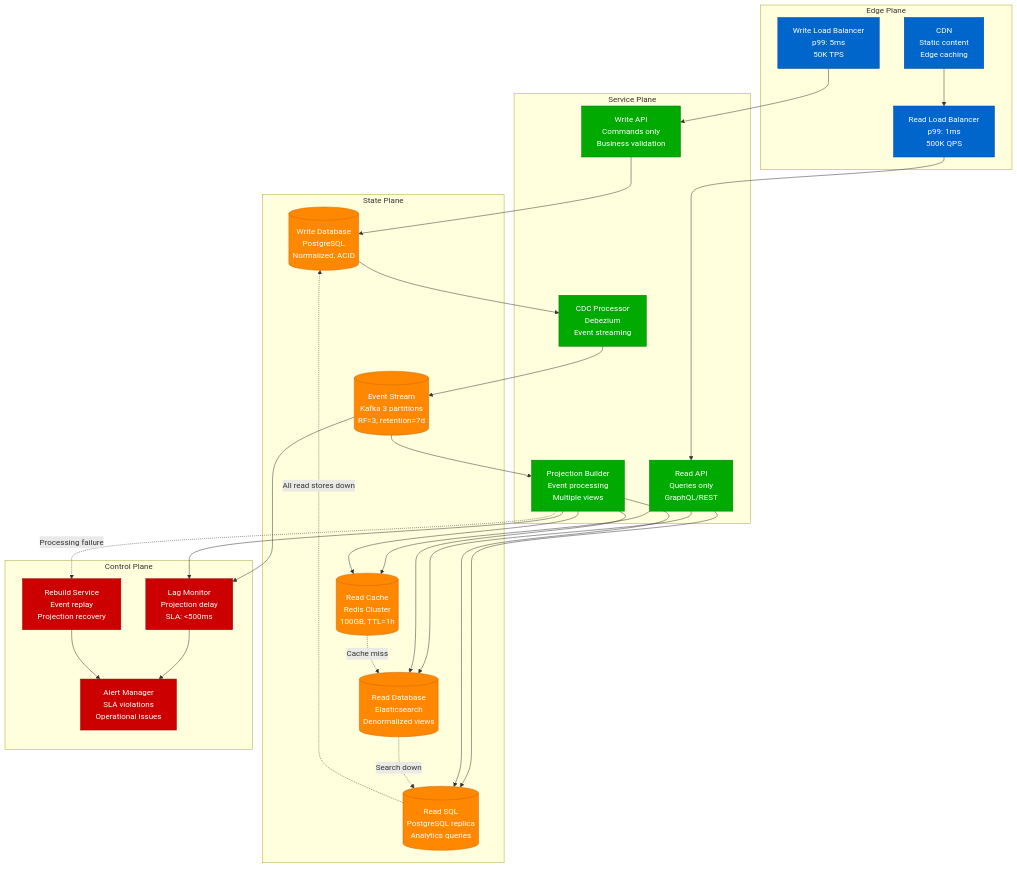
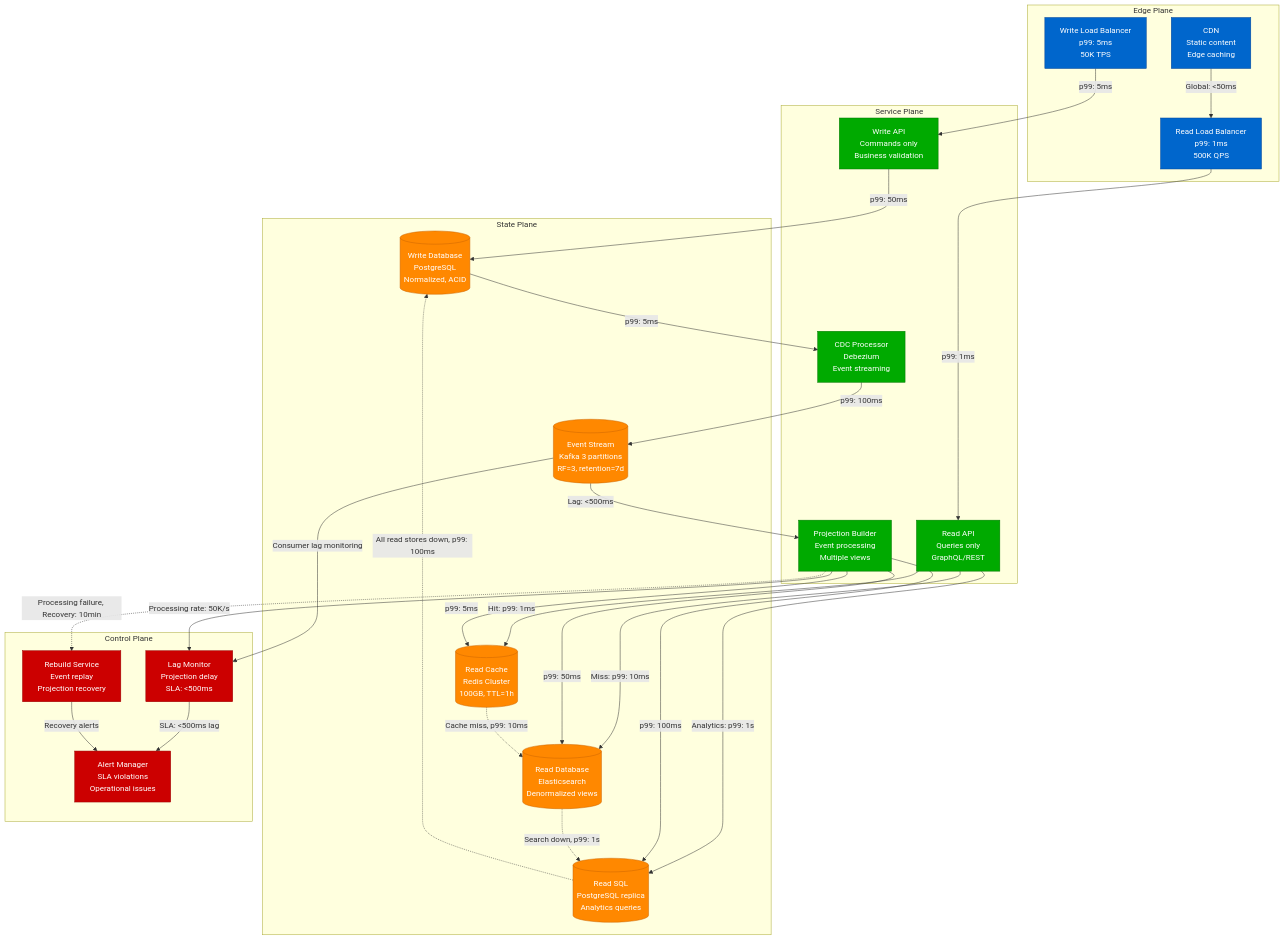
Before and after one commit to deepaucksharma/DS: the first of 11 diagrams in site/docs/patterns/system-patterns.md, drawn with Mermaid. The commit also changed other lines of this file and 108 other files, not shown here.

````diff
--- a/site/docs/patterns/system-patterns.md
+++ b/site/docs/patterns/system-patterns.md
@@ -20,70 +20,70 @@
 ```mermaid
 graph TB
     subgraph EdgePlane[Edge Plane]
         WRITE_LB[Write Load Balancer<br/>p99: 5ms<br/>50K TPS]
         READ_LB[Read Load Balancer<br/>p99: 1ms<br/>500K QPS]
         CDN[CDN<br/>Static content<br/>Edge caching]
     end
 
     subgraph ServicePlane[Service Plane]
         WRITE_API[Write API<br/>Commands only<br/>Business validation]
         READ_API[Read API<br/>Queries only<br/>GraphQL/REST]
         CDC[CDC Processor<br/>Debezium<br/>Event streaming]
         PROJECTOR[Projection Builder<br/>Event processing<br/>Multiple views]
     end
 
     subgraph StatePlane[State Plane]
         WRITE_DB[(Write Database<br/>PostgreSQL<br/>Normalized, ACID)]
         KAFKA[(Event Stream<br/>Kafka 3 partitions<br/>RF=3, retention=7d)]
         READ_CACHE[(Read Cache<br/>Redis Cluster<br/>100GB, TTL=1h)]
         READ_DB[(Read Database<br/>Elasticsearch<br/>Denormalized views)]
         READ_SQL[(Read SQL<br/>PostgreSQL replica<br/>Analytics queries)]
     end
 
     subgraph ControlPlane[Control Plane]
         LAG_MON[Lag Monitor<br/>Projection delay<br/>SLA: <500ms]
         REBUILD[Rebuild Service<br/>Event replay<br/>Projection recovery]
         ALERT[Alert Manager<br/>SLA violations<br/>Operational issues]
     end
 
     %% Write flow
-    WRITE_LB --> WRITE_API
-    WRITE_API --> WRITE_DB
-    WRITE_DB --> CDC
-    CDC --> KAFKA
+    WRITE_LB -->|p99: 5ms| WRITE_API
+    WRITE_API -->|p99: 50ms| WRITE_DB
+    WRITE_DB -->|p99: 5ms| CDC
+    CDC -->|p99: 100ms| KAFKA
 
     %% Read flow
-    READ_LB --> READ_API
-    READ_API --> READ_CACHE
-    READ_API --> READ_DB
-    READ_API --> READ_SQL
-    CDN --> READ_LB
+    READ_LB -->|p99: 1ms| READ_API
+    READ_API -->|Hit: p99: 1ms| READ_CACHE
+    READ_API -->|Miss: p99: 10ms| READ_DB
+    READ_API -->|Analytics: p99: 1s| READ_SQL
+    CDN -->|Global: <50ms| READ_LB
 
     %% Event processing
-    KAFKA --> PROJECTOR
-    PROJECTOR --> READ_CACHE
-    PROJECTOR --> READ_DB
-    PROJECTOR --> READ_SQL
+    KAFKA -->|Lag: <500ms| PROJECTOR
+    PROJECTOR -->|p99: 5ms| READ_CACHE
+    PROJECTOR -->|p99: 50ms| READ_DB
+    PROJECTOR -->|p99: 100ms| READ_SQL
 
     %% Failure scenarios
-    READ_CACHE -.->|Cache miss| READ_DB
-    READ_DB -.->|Search down| READ_SQL
-    READ_SQL -.->|All read stores down| WRITE_DB
-    PROJECTOR -.->|Processing failure| REBUILD
+    READ_CACHE -.->|Cache miss, p99: 10ms| READ_DB
+    READ_DB -.->|Search down, p99: 1s| READ_SQL
+    READ_SQL -.->|All read stores down, p99: 100ms| WRITE_DB
+    PROJECTOR -.->|Processing failure, Recovery: 10min| REBUILD
 
     %% Monitoring
-    KAFKA --> LAG_MON
-    PROJECTOR --> LAG_MON
-    LAG_MON --> ALERT
-    REBUILD --> ALERT
+    KAFKA -->|Consumer lag monitoring| LAG_MON
+    PROJECTOR -->|Processing rate: 50K/s| LAG_MON
+    LAG_MON -->|SLA: <500ms lag| ALERT
+    REBUILD -->|Recovery alerts| ALERT
 
     classDef edgeStyle fill:#0066CC,stroke:#004499,color:#fff
     classDef serviceStyle fill:#00AA00,stroke:#007700,color:#fff
     classDef stateStyle fill:#FF8800,stroke:#CC6600,color:#fff
     classDef controlStyle fill:#CC0000,stroke:#990000,color:#fff
 
     class WRITE_LB,READ_LB,CDN edgeStyle
     class WRITE_API,READ_API,CDC,PROJECTOR serviceStyle
     class WRITE_DB,KAFKA,READ_CACHE,READ_DB,READ_SQL stateStyle
     class LAG_MON,REBUILD,ALERT controlStyle
 ```
````
